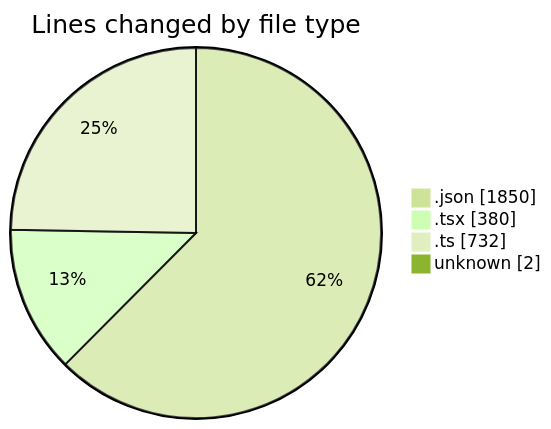
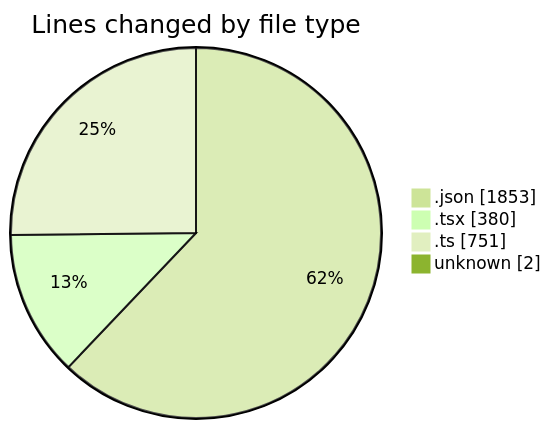
The first of 2 diagrams in 2025-11-19/eventscop-frontend-guide__workspace_/README.md (julien-gomy/code-tracking), drawn with Mermaid (forest theme) before and after one commit. The commit also changed other lines of this file and 1 other file, not shown here.

````diff
--- a/2025-11-19/eventscop-frontend-guide__workspace_/README.md
+++ b/2025-11-19/eventscop-frontend-guide__workspace_/README.md
@@ -40,8 +40,8 @@
 ```mermaid
 pie showData
 title Lines changed by file type
-".json" : 1850
+".json" : 1853
 ".tsx" : 380
-".ts" : 732
+".ts" : 751
 "unknown" : 2
 ```
````
